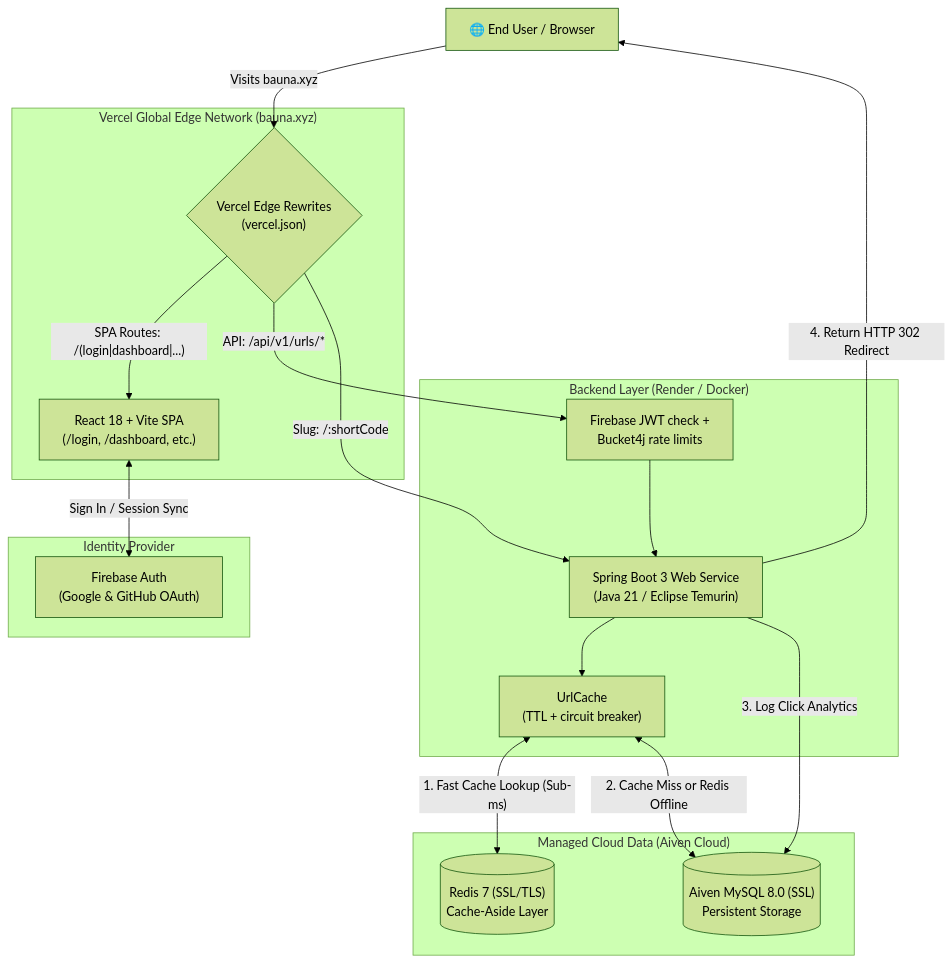
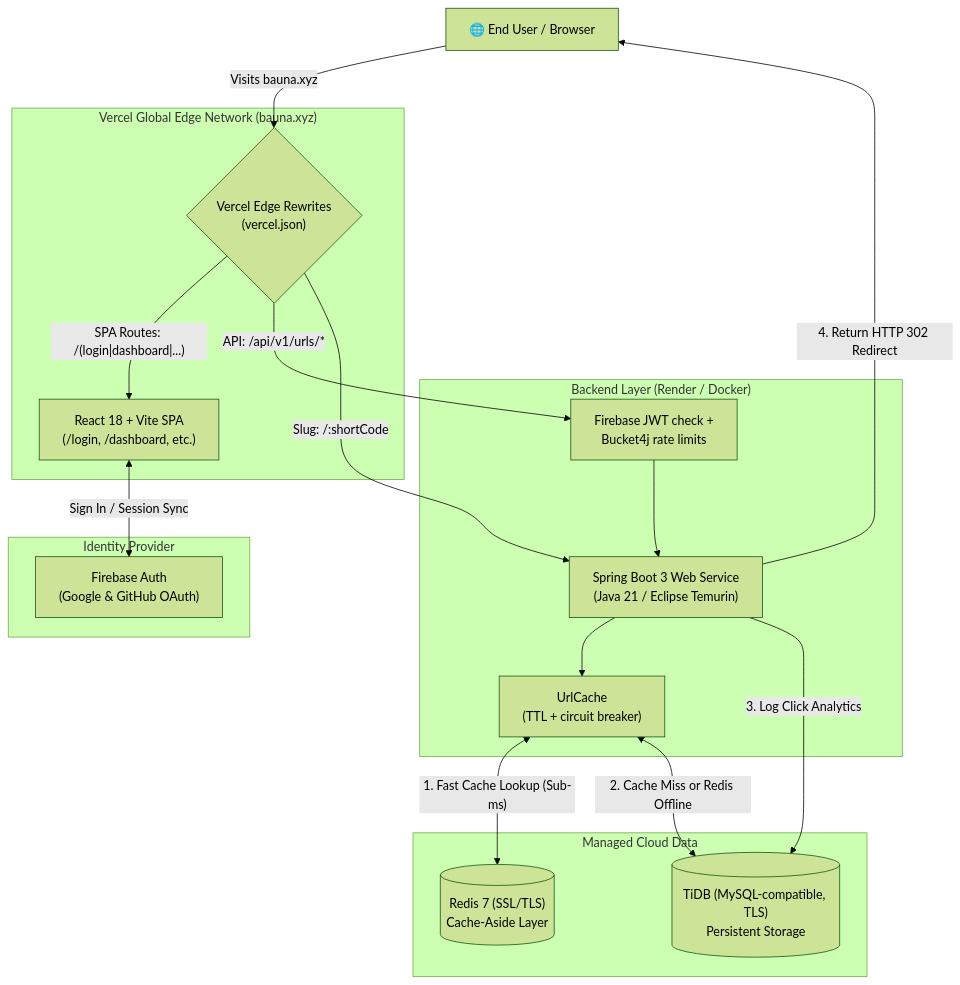
Before and after one commit to rishabhgjr10/Snaplink: the diagram in README.md, drawn with Mermaid (forest theme). The commit also changed other lines of this file and 7 other files, not shown here.

````diff
--- a/README.md
+++ b/README.md
@@ -59,37 +59,37 @@
 ```mermaid
 flowchart TD
     User["🌐 End User / Browser"]
     
     subgraph Edge["Vercel Global Edge Network (bauna.xyz)"]
         EdgeRouter{"Vercel Edge Rewrites\n(vercel.json)"}
         ReactSPA["React 18 + Vite SPA\n(/login, /dashboard, etc.)"]
     end
 
     subgraph Auth["Identity Provider"]
         FirebaseAuth["Firebase Auth\n(Google & GitHub OAuth)"]
     end
 
     subgraph Backend["Backend Layer (Render / Docker)"]
         SpringApp["Spring Boot 3 Web Service\n(Java 21 / Eclipse Temurin)"]
         RateLimiter["Firebase JWT check +\nBucket4j rate limits"]
         ErrorHandler["UrlCache\n(TTL + circuit breaker)"]
     end
 
-    subgraph Storage["Managed Cloud Data (Aiven Cloud)"]
+    subgraph Storage["Managed Cloud Data"]
         RedisCache[("Redis 7 (SSL/TLS)\nCache-Aside Layer")]
-        AivenMySQL[("Aiven MySQL 8.0 (SSL)\nPersistent Storage")]
+        TiDB[("TiDB (MySQL-compatible, TLS)\nPersistent Storage")]
     end
 
     User -->|"Visits bauna.xyz"| EdgeRouter
     EdgeRouter -->|"SPA Routes: /(login|dashboard|...)"| ReactSPA
     ReactSPA <-->|"Sign In / Session Sync"| FirebaseAuth
     
     EdgeRouter -->|"API: /api/v1/urls/*"| RateLimiter --> SpringApp
     EdgeRouter -->|"Slug: /:shortCode"| SpringApp
 
     SpringApp --> ErrorHandler
     ErrorHandler <-->|"1. Fast Cache Lookup (Sub-ms)"| RedisCache
-    ErrorHandler <-->|"2. Cache Miss or Redis Offline"| AivenMySQL
-    SpringApp -->|"3. Log Click Analytics"| AivenMySQL
+    ErrorHandler <-->|"2. Cache Miss or Redis Offline"| TiDB
+    SpringApp -->|"3. Log Click Analytics"| TiDB
     SpringApp -->|"4. Return HTTP 302 Redirect"| User
 ```
````
